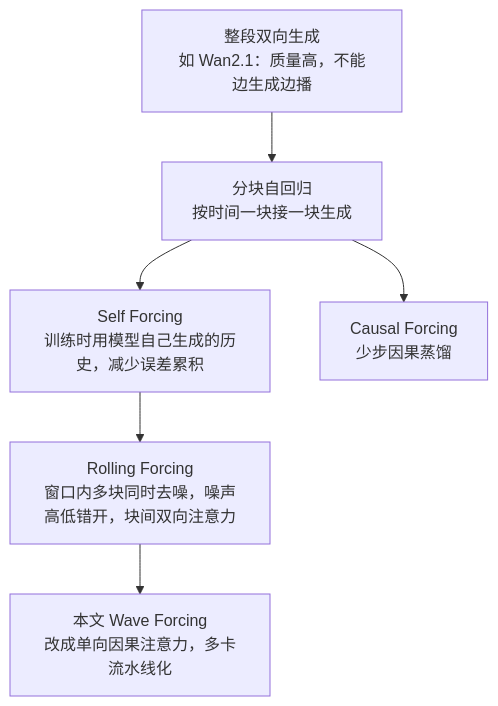
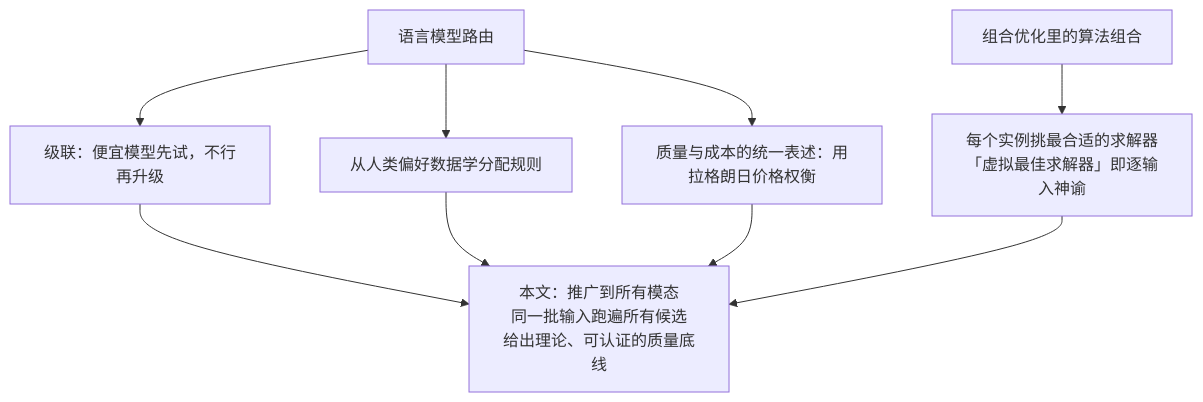
One commit to yingwang/paper-reads changed the first of 4 diagrams in docs/index.md. Above: the diagram before and after it, drawn with Mermaid. The commit also changed other lines of this file and 2 other files, not shown here.

````diff
--- a/docs/index.md
+++ b/docs/index.md
@@ -72,8 +58,11 @@
 ```mermaid
 flowchart TD
-    A["整段双向生成<br/>如 Wan2.1：质量高，不能边生成边播"] --> B["分块自回归<br/>按时间一块接一块生成"]
-    B --> C["Self Forcing<br/>训练时用模型自己生成的历史，减少误差累积"]
-    B --> D["Causal Forcing<br/>少步因果蒸馏"]
-    C --> E["Rolling Forcing<br/>窗口内多块同时去噪，噪声高低错开，块间双向注意力"]
-    E --> F["本文 Wave Forcing<br/>改成单向因果注意力，多卡流水线化"]
+    A["语言模型路由"] --> A1["级联：便宜模型先试，不行再升级"]
+    A --> A2["从人类偏好数据学分配规则"]
+    A --> A3["质量与成本的统一表述：用拉格朗日价格权衡"]
+    B["组合优化里的算法组合"] --> B1["每个实例挑最合适的求解器<br/>「虚拟最佳求解器」即逐输入神谕"]
+    A1 --> C["本文：推广到所有模态<br/>同一批输入跑遍所有候选<br/>给出理论、可认证的质量底线"]
+    A2 --> C
+    A3 --> C
+    B1 --> C
 ```
````
